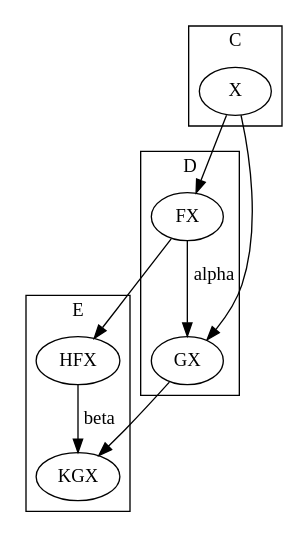
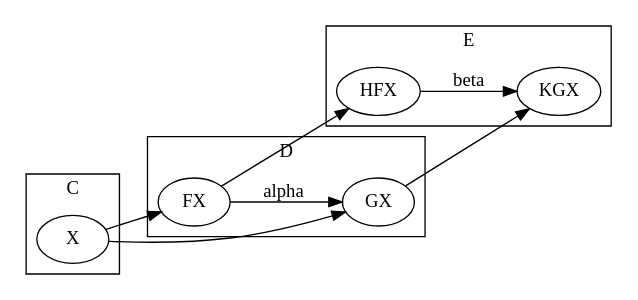
The diagram in study/category/img/4.dot (yugeta/cympfh.github.io), drawn with Graphviz before and after one commit. The commit also changed 4 other files, not shown here.

```diff
--- a/study/category/img/4.dot
+++ b/study/category/img/4.dot
@@ -1,20 +1,21 @@
 digraph hc {
   subgraph cluster_C {
     label = "C";
     X;
   }
   subgraph cluster_D {
     label = "D";
     FX;
     GX;
-    FX -> GX [label = "alpha"]
+    FX -> GX [label = " alpha"]
   }
   subgraph cluster_E {
     label = "E";
-    HFX -> KGX [label = "beta"];
+    HFX -> KGX [label = " beta"];
   }
   X -> FX;
   X -> GX;
   FX -> HFX;
   GX -> KGX;
+  rankdir="LR";
 }
```
